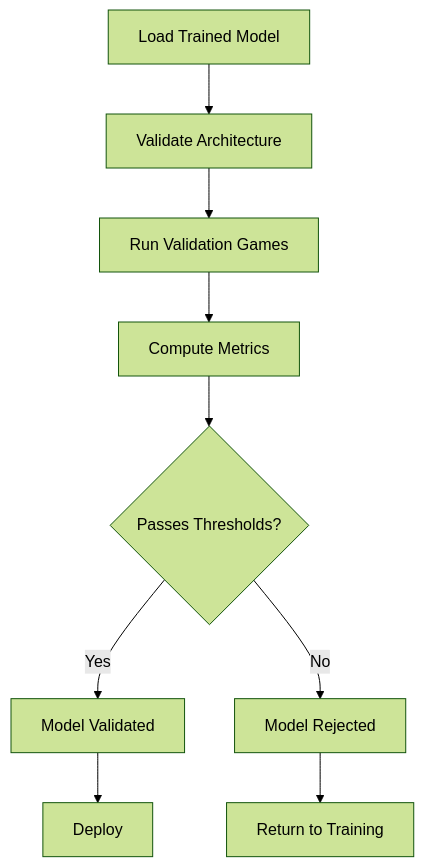
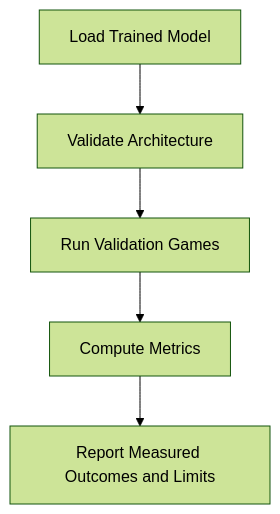
Before and after one commit to Evintkoo/2048-ml: the second of 7 diagrams in plans/09-Quality/02-Validation/01-model-validation.md, drawn with Mermaid (forest theme). The commit also changed other lines of this file and 67 other files, not shown here.

````diff
--- a/plans/09-Quality/02-Validation/01-model-validation.md
+++ b/plans/09-Quality/02-Validation/01-model-validation.md
@@ -54,11 +54,7 @@
 ```mermaid
 flowchart TD
     A[Load Trained Model] --> B[Validate Architecture]
     B --> C[Run Validation Games]
     C --> D[Compute Metrics]
-    D --> E{Passes Thresholds?}
-    E -->|Yes| F[Model Validated]
-    E -->|No| G[Model Rejected]
-    F --> H[Deploy]
-    G --> I[Return to Training]
+    D --> E[Report Measured Outcomes and Limits]
 ```
````
